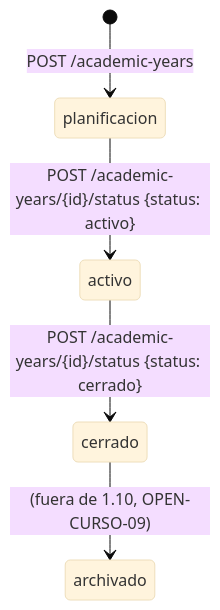
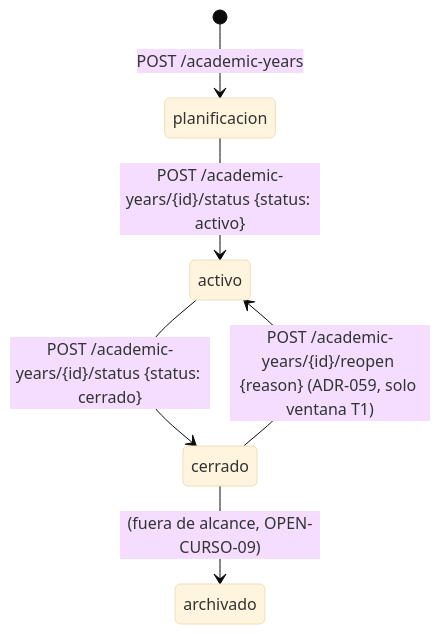
The diagram in docs/modulos/REQ-CURSO/funcional.md (pirexia/plataforma-educativa), drawn with Mermaid (base theme) before and after one commit. The commit also changed other lines of this file and 11 other files, not shown here.

First line of the commit message:
docs(curso): ADR-059 reapertura de un curso cerrado (OPEN-CURSO-08) [REQ-CURSO-001] (#394)

````diff
--- a/docs/modulos/REQ-CURSO/funcional.md
+++ b/docs/modulos/REQ-CURSO/funcional.md
@@ -97,7 +97,8 @@
 ```mermaid
 stateDiagram-v2
     [*] --> planificacion : POST /academic-years
     planificacion --> activo : POST /academic-years/{id}/status {status: activo}
     activo --> cerrado : POST /academic-years/{id}/status {status: cerrado}
-    cerrado --> archivado : (fuera de 1.10, OPEN-CURSO-09)
+    cerrado --> activo : POST /academic-years/{id}/reopen {reason} (ADR-059, solo ventana T1)
+    cerrado --> archivado : (fuera de alcance, OPEN-CURSO-09)
 ```
````
